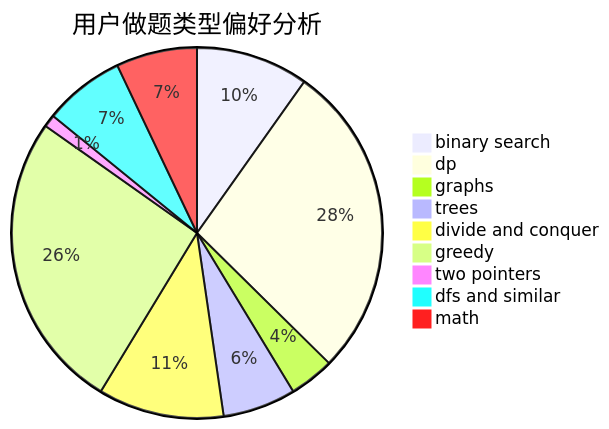
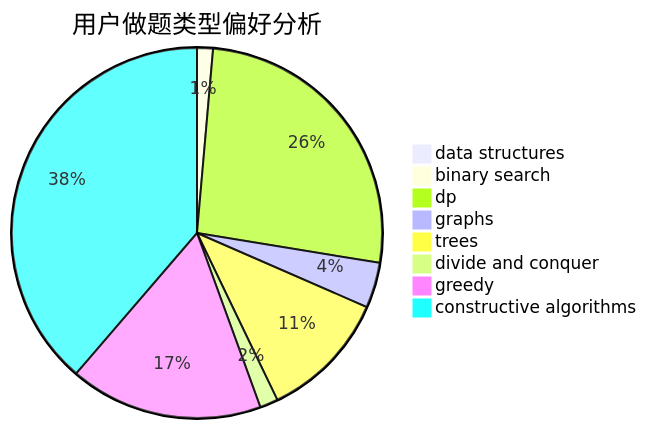
The second of 3 diagrams in docs/user/u1402.md (sherpahu/cfrs.github.io), drawn with Mermaid before and after one commit. The commit also changed other lines of this file and 2775 other files, not shown here.

````diff
--- a/docs/user/u1402.md
+++ b/docs/user/u1402.md
@@ -23,12 +23,11 @@
 ```mermaid
 pie title 用户做题类型偏好分析
-    "binary search" :  100
-    "dp" :  281
-    "graphs" :  40
-    "trees" :  65
-    "divide and conquer" :  112
-    "greedy" :  266
-    "two pointers" :  11
-    "dfs and similar" :  72
-    "math" :  72
+    "data structures" :  3
+    "binary search" :  7
+    "dp" :  132
+    "graphs" :  20
+    "trees" :  57
+    "divide and conquer" :  8
+    "greedy" :  85
+    "constructive algorithms" :  195
 ```
````
